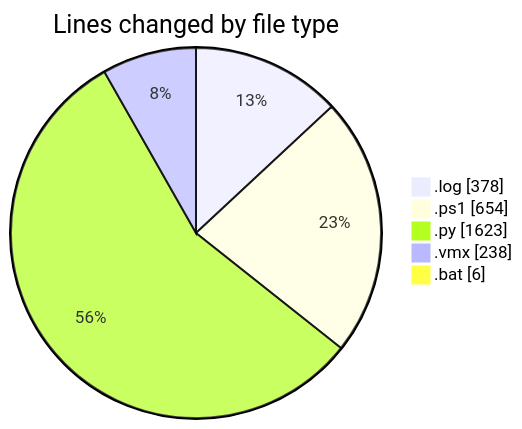
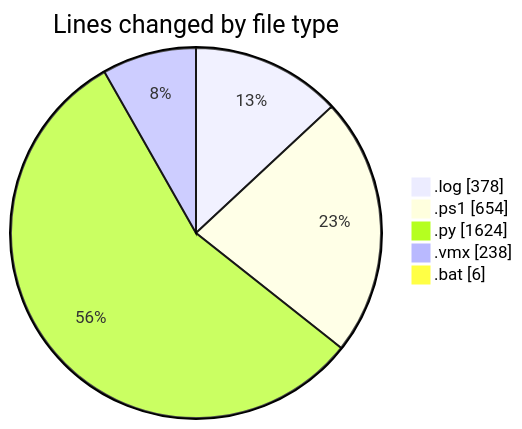
One commit to shibass792/code-tracking changed the first of 2 diagrams in 2026-07-08/twenty_versions_aminor/README.md. Above: the diagram before and after it, drawn with Mermaid. The commit also changed other lines of this file and 1 other file, not shown here.

````diff
--- a/2026-07-08/twenty_versions_aminor/README.md
+++ b/2026-07-08/twenty_versions_aminor/README.md
@@ -29,9 +29,9 @@
 ```mermaid
 pie showData
 title Lines changed by file type
 ".log" : 378
 ".ps1" : 654
-".py" : 1623
+".py" : 1624
 ".vmx" : 238
 ".bat" : 6
 ```
````
